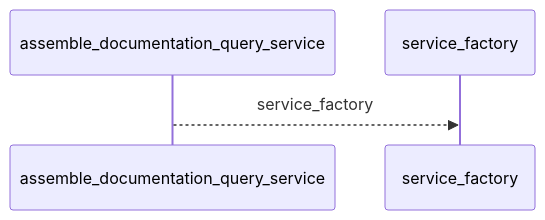
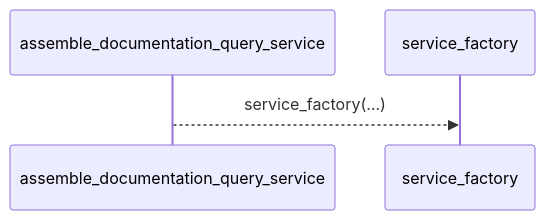
The first of 2 diagrams in docs/llm_wiki/flows/api-assemble_documentation_query_service.md (Denissvgn/python-wiki-llm), drawn with Mermaid before and after one commit. The commit also changed other lines of this file and 1410 other files, not shown here.

````diff
--- a/docs/llm_wiki/flows/api-assemble_documentation_query_service.md
+++ b/docs/llm_wiki/flows/api-assemble_documentation_query_service.md
@@ -10,6 +12,6 @@
 ```mermaid
 sequenceDiagram
     participant p0 as assemble_documentation_query_service
     participant p1 as service_factory
-    p0-->>p1: service_factory
+    p0-->>p1: service_factory(…)
 ```
````
